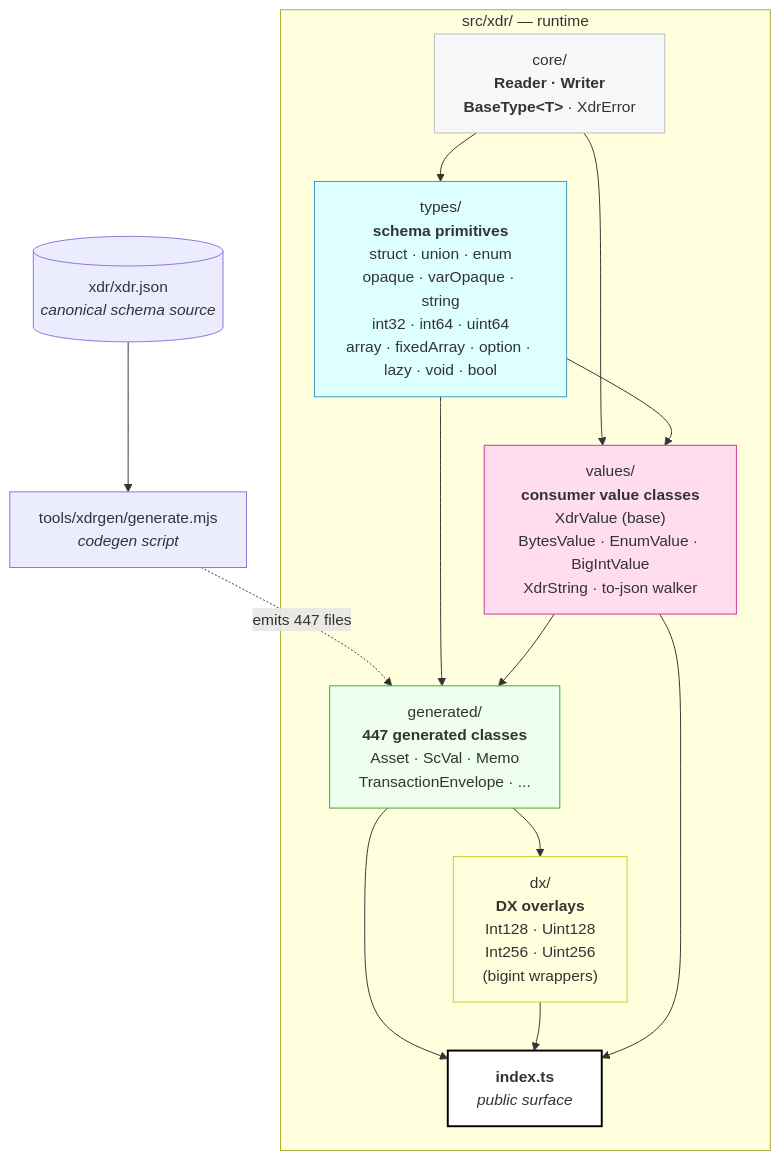
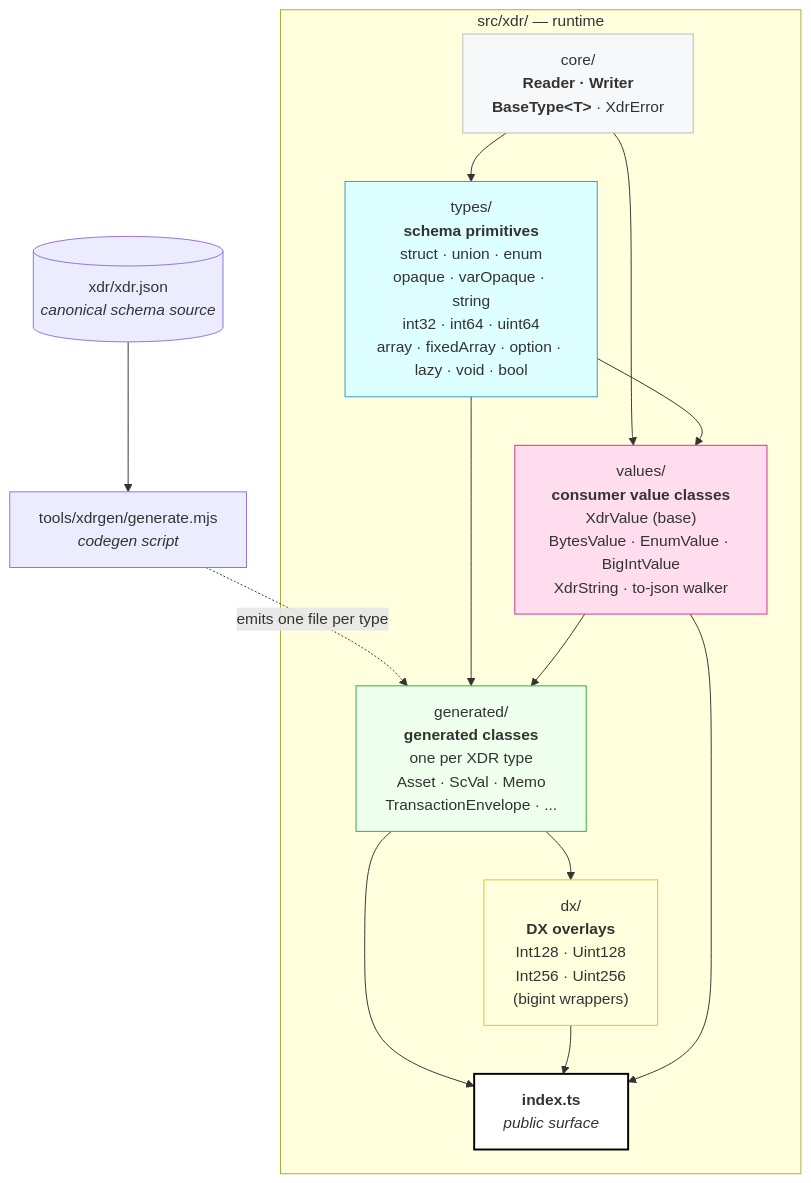
One commit to stellar/js-stellar-sdk changed the first of 5 diagrams in docs/ARCHITECTURE.md. Above: the diagram before and after it, drawn with Mermaid. The commit also changed other lines of this file and 1 other file, not shown here.

Commit message:
cleanup docs

````diff
--- a/docs/ARCHITECTURE.md
+++ b/docs/ARCHITECTURE.md
@@ -17,35 +17,35 @@
 ```mermaid
 flowchart TB
     XJSON[("xdr/xdr.json<br/><i>canonical schema source</i>")]
     CODEGEN["tools/xdrgen/generate.mjs<br/><i>codegen script</i>"]
 
     subgraph runtime["src/xdr/ — runtime"]
         CORE["core/<br/><b>Reader · Writer</b><br/><b>BaseType&lt;T&gt;</b> · XdrError"]
         TYPES["types/<br/><b>schema primitives</b><br/>struct · union · enum<br/>opaque · varOpaque · string<br/>int32 · int64 · uint64<br/>array · fixedArray · option · lazy · void · bool"]
         VALUES["values/<br/><b>consumer value classes</b><br/>XdrValue (base)<br/>BytesValue · EnumValue · BigIntValue<br/>XdrString · to-json walker"]
-        GEN["generated/<br/><b>447 generated classes</b><br/>Asset · ScVal · Memo<br/>TransactionEnvelope · ..."]
+        GEN["generated/<br/><b>generated classes</b><br/>one per XDR type<br/>Asset · ScVal · Memo<br/>TransactionEnvelope · ..."]
         DX["dx/<br/><b>DX overlays</b><br/>Int128 · Uint128<br/>Int256 · Uint256<br/>(bigint wrappers)"]
         INDEX["<b>index.ts</b><br/><i>public surface</i>"]
     end
 
     XJSON --> CODEGEN
-    CODEGEN -.->|emits 447 files| GEN
+    CODEGEN -.->|emits one file per type| GEN
 
     CORE --> TYPES
     CORE --> VALUES
     TYPES --> VALUES
     TYPES --> GEN
     VALUES --> GEN
     GEN --> DX
 
     GEN --> INDEX
     DX --> INDEX
     VALUES --> INDEX
 
     style CORE fill:#f6f8fa,stroke:#bbb
     style TYPES fill:#dff,stroke:#39c
     style VALUES fill:#fde,stroke:#c39
     style GEN fill:#efe,stroke:#3a3
     style DX fill:#ffd,stroke:#cc3
     style INDEX fill:#fff,stroke:#000,stroke-width:2px
 ```
````
